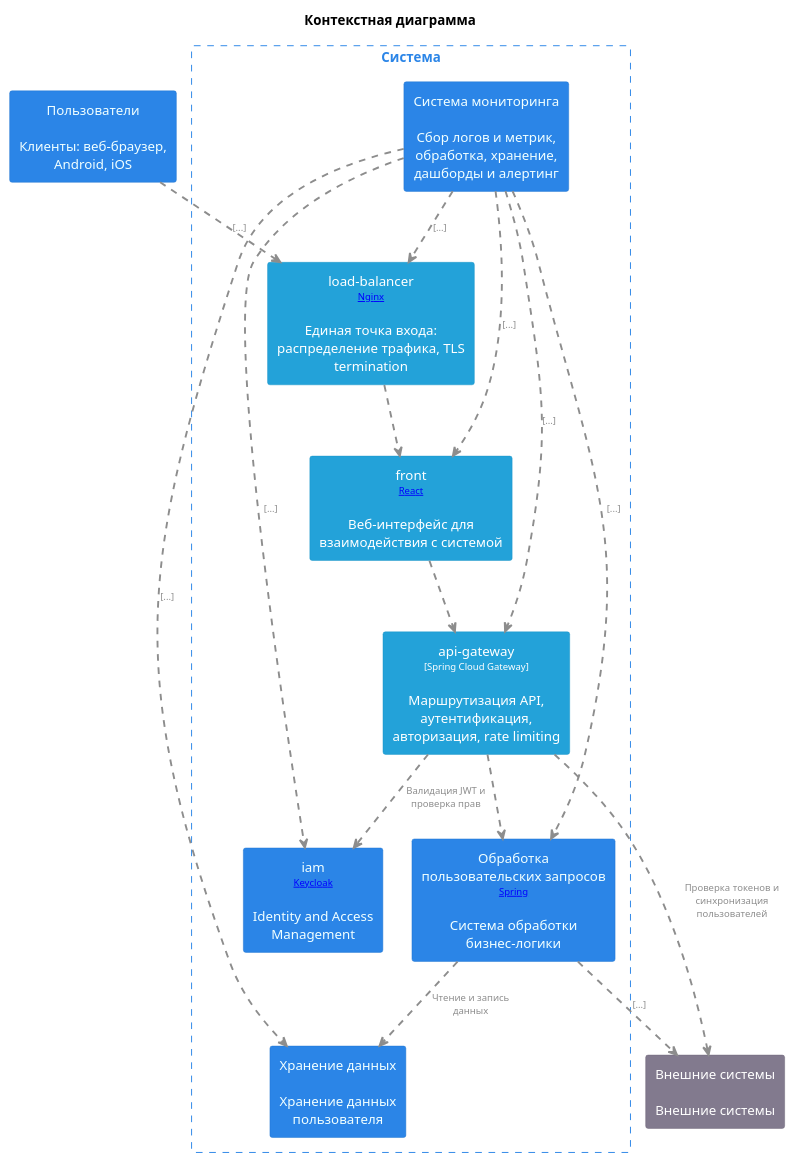
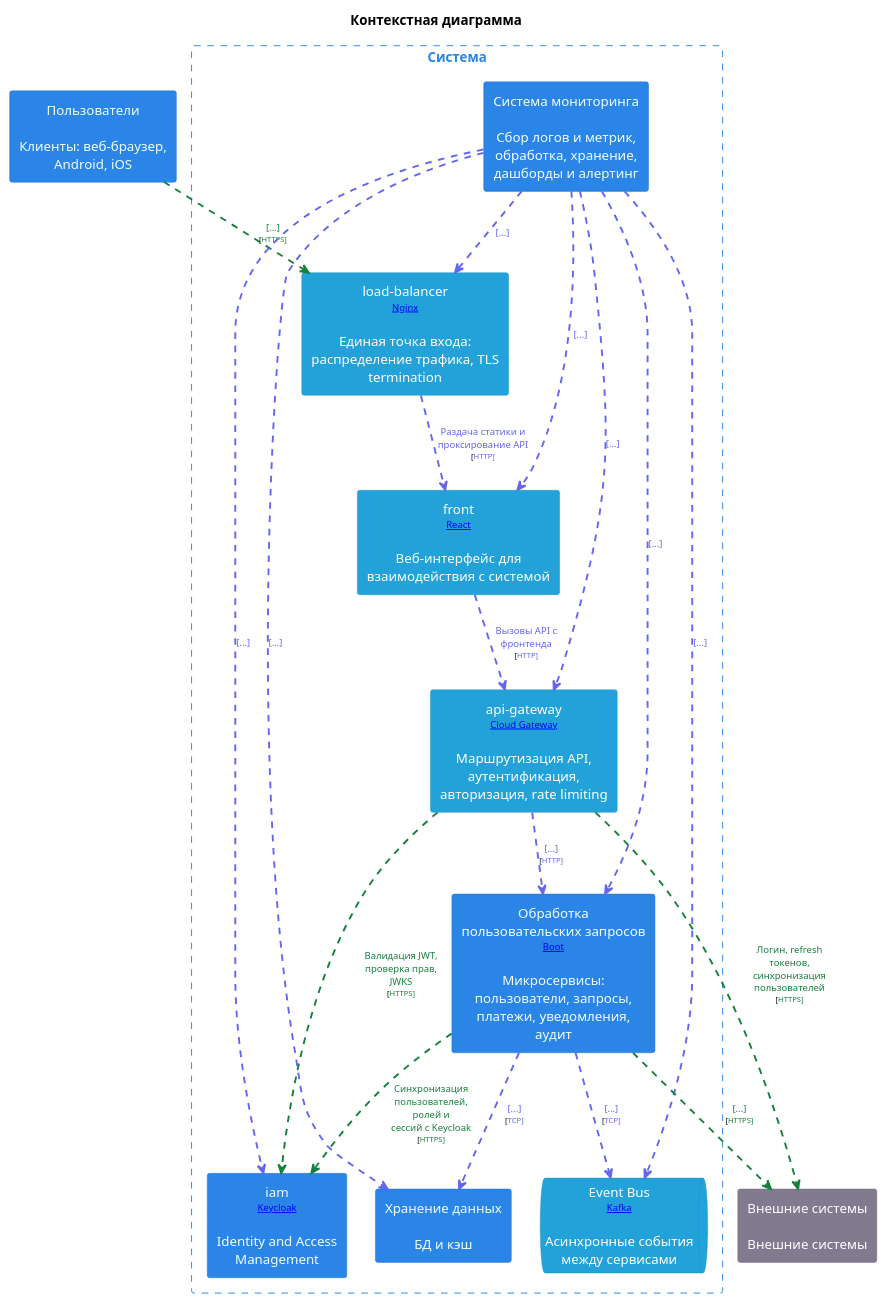
One commit to shelepovg/system-design-homework changed the diagram in doc/схемы/context.puml. Above: the diagram before and after it, drawn with PlantUML. The commit also changed 13 other files, not shown here.

Commit message:
сгенерировал новые и измененные схемы

```diff
--- a/doc/схемы/context.puml
+++ b/doc/схемы/context.puml
@@ -1,91 +1,100 @@
 @startuml
 title "Контекстная диаграмма"
 top to bottom direction
 
 hide stereotype
 skinparam ranksep 60
 skinparam nodesep 30
 skinparam {
   arrowFontSize 10
   defaultTextAlignment center
   wrapWidth 200
   maxMessageSize 100
   shadowing false
 }
 
 skinparam rectangle<<Users>>{
   BackgroundColor #2b85e7
   FontColor #f1ffff
   BorderColor #1e73ce
 }
 skinparam rectangle<<SystemMonitoring>>{
   BackgroundColor #2b85e7
   FontColor #f1ffff
   BorderColor #1e73ce
 }
 skinparam rectangle<<SystemLoadBalancer>>{
   BackgroundColor #23a2d9
   FontColor #ffffff
   BorderColor #1892c5
 }
 skinparam rectangle<<SystemFront>>{
   BackgroundColor #23a2d9
   FontColor #ffffff
   BorderColor #1892c5
 }
 skinparam rectangle<<SystemApiGateway>>{
   BackgroundColor #23a2d9
   FontColor #ffffff
   BorderColor #1892c5
 }
-skinparam rectangle<<SystemIam>>{
+skinparam rectangle<<SystemBackend>>{
   BackgroundColor #2b85e7
   FontColor #f1ffff
   BorderColor #1e73ce
 }
-skinparam rectangle<<SystemBackend>>{
+skinparam rectangle<<SystemIam>>{
   BackgroundColor #2b85e7
   FontColor #f1ffff
   BorderColor #1e73ce
 }
 skinparam rectangle<<SystemStorage>>{
   BackgroundColor #2b85e7
   FontColor #f1ffff
   BorderColor #1e73ce
+}
+skinparam queue<<SystemEventBus>>{
+  BackgroundColor #23a2d9
+  FontColor #ffffff
+  BorderColor #1892c5
 }
 skinparam rectangle<<System_ext>>{
   BackgroundColor #827a8e
   FontColor #ffffff
   BorderColor #6c6477
 }
 rectangle "Пользователи\n\nКлиенты: веб-браузер, Android, iOS" <<Users>> as Users
 rectangle "Система" <<System>> as System {
   skinparam RectangleBorderColor<<System>> #2b85e7
   skinparam RectangleFontColor<<System>> #2b85e7
   skinparam RectangleBorderStyle<<System>> dashed
 
   rectangle "Система мониторинга\n\nСбор логов и метрик, обработка, хранение, дашборды и алертинг" <<SystemMonitoring>> as SystemMonitoring
   rectangle "load-balancer\n<size:10>[[Nginx]]</size>\n\nЕдиная точка входа: распределение трафика, TLS termination" <<SystemLoadBalancer>> as SystemLoadBalancer
   rectangle "front\n<size:10>[[React]]</size>\n\nВеб-интерфейс для взаимодействия с системой" <<SystemFront>> as SystemFront
-  rectangle "api-gateway\n<size:10>[Spring Cloud Gateway]</size>\n\nМаршрутизация API, аутентификация, авторизация, rate limiting" <<SystemApiGateway>> as SystemApiGateway
+  rectangle "api-gateway\n<size:10>[[Spring Cloud Gateway]]</size>\n\nМаршрутизация API, аутентификация, авторизация, rate limiting" <<SystemApiGateway>> as SystemApiGateway
+  rectangle "Обработка пользовательских запросов\n<size:10>[[Spring Boot]]</size>\n\nМикросервисы: пользователи, запросы, платежи, уведомления, аудит" <<SystemBackend>> as SystemBackend
   rectangle "iam\n<size:10>[[Keycloak]]</size>\n\nIdentity and Access Management" <<SystemIam>> as SystemIam
-  rectangle "Обработка пользовательских запросов\n<size:10>[[Spring]]</size>\n\nСистема обработки бизнес-логики" <<SystemBackend>> as SystemBackend
-  rectangle "Хранение данных\n\nХранение данных пользователя" <<SystemStorage>> as SystemStorage
+  rectangle "Хранение данных\n\nБД и кэш" <<SystemStorage>> as SystemStorage
+  queue "Event Bus\n<size:10>[[Apache Kafka]]</size>\n\nАсинхронные события между сервисами" <<SystemEventBus>> as SystemEventBus
 }
 rectangle "Внешние системы\n\nВнешние системы" <<System_ext>> as System_ext
 
-Users .[#8D8D8D,thickness=2].> SystemLoadBalancer : <color:#8D8D8D>[...]
-SystemLoadBalancer .[#8D8D8D,thickness=2].> SystemFront
-SystemMonitoring .[#8D8D8D,thickness=2].> SystemLoadBalancer : <color:#8D8D8D>[...]
-SystemFront .[#8D8D8D,thickness=2].> SystemApiGateway
-SystemMonitoring .[#8D8D8D,thickness=2].> SystemFront : <color:#8D8D8D>[...]
-SystemApiGateway .[#8D8D8D,thickness=2].> SystemIam : <color:#8D8D8D>Валидация JWT и проверка прав
-SystemApiGateway .[#8D8D8D,thickness=2].> SystemBackend
-SystemMonitoring .[#8D8D8D,thickness=2].> SystemApiGateway : <color:#8D8D8D>[...]
-SystemMonitoring .[#8D8D8D,thickness=2].> SystemIam : <color:#8D8D8D>[...]
-SystemBackend .[#8D8D8D,thickness=2].> SystemStorage : <color:#8D8D8D>Чтение и запись данных
-SystemMonitoring .[#8D8D8D,thickness=2].> SystemBackend : <color:#8D8D8D>[...]
-SystemMonitoring .[#8D8D8D,thickness=2].> SystemStorage : <color:#8D8D8D>[...]
-SystemApiGateway .[#8D8D8D,thickness=2].> System_ext : <color:#8D8D8D>Проверка токенов и синхронизация \n<color:#8D8D8D>пользователей
-SystemBackend .[#8D8D8D,thickness=2].> System_ext : <color:#8D8D8D>[...]
+Users .[#15803d,thickness=2].> SystemLoadBalancer : <color:#15803d>[...]\n<size:8>[<color:#15803d>HTTPS]</size>
+SystemLoadBalancer .[#6366f1,thickness=2].> SystemFront : <color:#6366f1>Раздача статики и проксирование API\n<size:8>[<color:#6366f1>HTTP]</size>
+SystemMonitoring .[#6366f1,thickness=2].> SystemLoadBalancer : <color:#6366f1>[...]
+SystemFront .[#6366f1,thickness=2].> SystemApiGateway : <color:#6366f1>Вызовы API с фронтенда\n<size:8>[<color:#6366f1>HTTP]</size>
+SystemMonitoring .[#6366f1,thickness=2].> SystemFront : <color:#6366f1>[...]
+SystemApiGateway .[#15803d,thickness=2].> SystemIam : <color:#15803d>Валидация JWT, проверка прав, JWKS\n<size:8>[<color:#15803d>HTTPS]</size>
+SystemApiGateway .[#6366f1,thickness=2].> SystemBackend : <color:#6366f1>[...]\n<size:8>[<color:#6366f1>HTTP]</size>
+SystemMonitoring .[#6366f1,thickness=2].> SystemApiGateway : <color:#6366f1>[...]
+SystemBackend .[#15803d,thickness=2].> SystemIam : <color:#15803d>Синхронизация пользователей, ролей и \n<color:#15803d>сессий с Keycloak\n<size:8>[<color:#15803d>HTTPS]</size>
+SystemMonitoring .[#6366f1,thickness=2].> SystemIam : <color:#6366f1>[...]
+SystemBackend .[#6366f1,thickness=2].> SystemStorage : <color:#6366f1>[...]\n<size:8>[<color:#6366f1>TCP]</size>
+SystemBackend .[#6366f1,thickness=2].> SystemEventBus : <color:#6366f1>[...]\n<size:8>[<color:#6366f1>TCP]</size>
+SystemMonitoring .[#6366f1,thickness=2].> SystemBackend : <color:#6366f1>[...]
+SystemMonitoring .[#6366f1,thickness=2].> SystemStorage : <color:#6366f1>[...]
+SystemMonitoring .[#6366f1,thickness=2].> SystemEventBus : <color:#6366f1>[...]
+SystemApiGateway .[#15803d,thickness=2].> System_ext : <color:#15803d>Логин, refresh токенов, синхронизация \n<color:#15803d>пользователей\n<size:8>[<color:#15803d>HTTPS]</size>
+SystemBackend .[#15803d,thickness=2].> System_ext : <color:#15803d>[...]\n<size:8>[<color:#15803d>HTTPS]</size>
 @enduml
```
